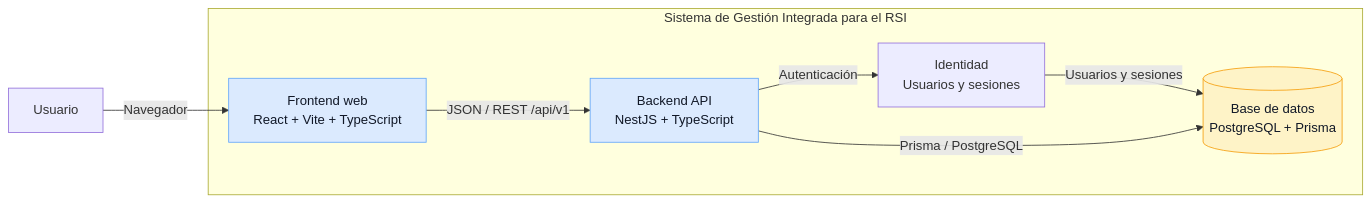
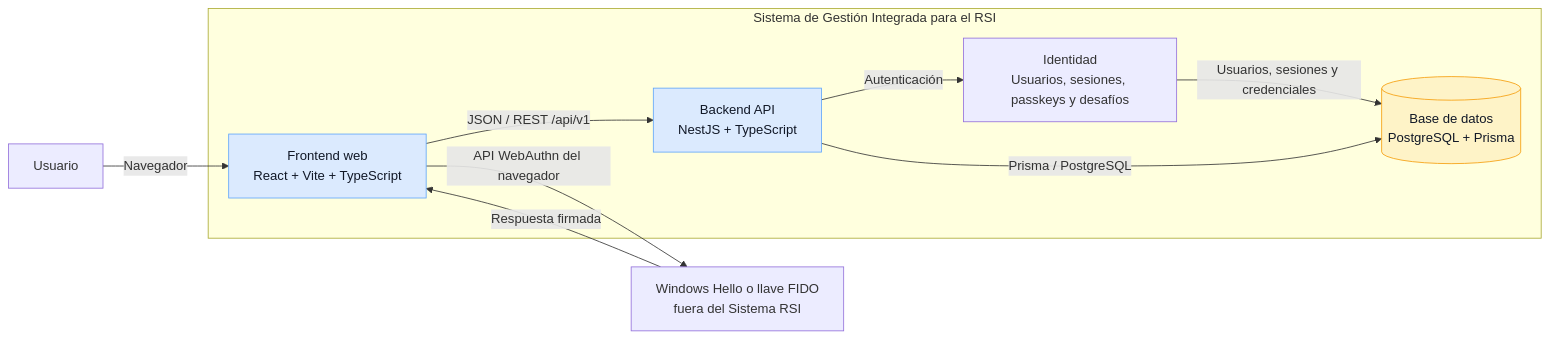
One commit to DieAndres/sistema-rsi changed the second of 3 diagrams in docs/00-arquitectura.md. Above: the diagram before and after it, drawn with Mermaid. The commit also changed other lines of this file and 4 other files, not shown here.

````diff
--- a/docs/00-arquitectura.md
+++ b/docs/00-arquitectura.md
@@ -51,23 +51,26 @@
 ```mermaid
 flowchart LR
     Usuario[Usuario]
+    Autenticador[Windows Hello o llave FIDO<br/>fuera del Sistema RSI]
 
     subgraph Sistema[ Sistema de Gestión Integrada para el RSI ]
         Frontend[Frontend web<br/>React + Vite + TypeScript]
         Backend[Backend API<br/>NestJS + TypeScript]
-        Identidad[Identidad<br/>Usuarios y sesiones]
+        Identidad[Identidad<br/>Usuarios, sesiones, passkeys y desafíos]
         BD[(Base de datos<br/>PostgreSQL + Prisma)]
     end
 
     Usuario -->|Navegador| Frontend
+    Frontend -->|API WebAuthn del navegador| Autenticador
+    Autenticador -->|Respuesta firmada| Frontend
     Frontend -->|JSON / REST /api/v1| Backend
     Backend -->|Autenticación| Identidad
-    Identidad -->|Usuarios y sesiones| BD
+    Identidad -->|Usuarios, sesiones y credenciales| BD
     Backend -->|Prisma / PostgreSQL| BD
 
     classDef app fill:#dbeafe,color:#111827,stroke:#60a5fa
     classDef data fill:#fef3c7,color:#111827,stroke:#f59e0b
     class Frontend app
     class Backend app
     class BD data
 ```
````
